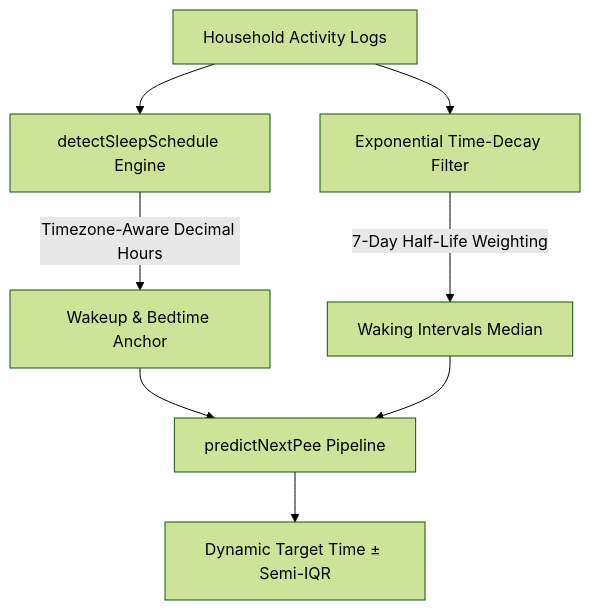
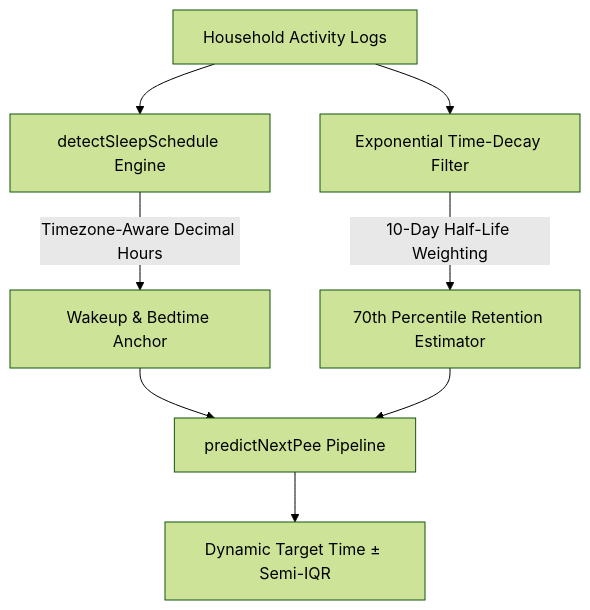
Before and after one commit to Ouriel/puppy-tracker: the first of 3 diagrams in README.md, drawn with Mermaid (forest theme). The commit also changed other lines of this file and 1 other file, not shown here.

Commit message:
docs: update README and AGENTS.md with 10-day decay, 70th percentile retention, and meal pacing standards

````diff
--- a/README.md
+++ b/README.md
@@ -91,10 +91,10 @@
 ```mermaid
 flowchart TD
     A[Household Activity Logs] --> B[detectSleepSchedule Engine]
     B -->|Timezone-Aware Decimal Hours| C[Wakeup & Bedtime Anchor]
     A --> D[Exponential Time-Decay Filter]
-    D -->|7-Day Half-Life Weighting| E[Waking Intervals Median]
+    D -->|10-Day Half-Life Weighting| E[70th Percentile Retention Estimator]
     C --> F[predictNextPee Pipeline]
     E --> F
     F --> G[Dynamic Target Time ± Semi-IQR]
 ```
````
